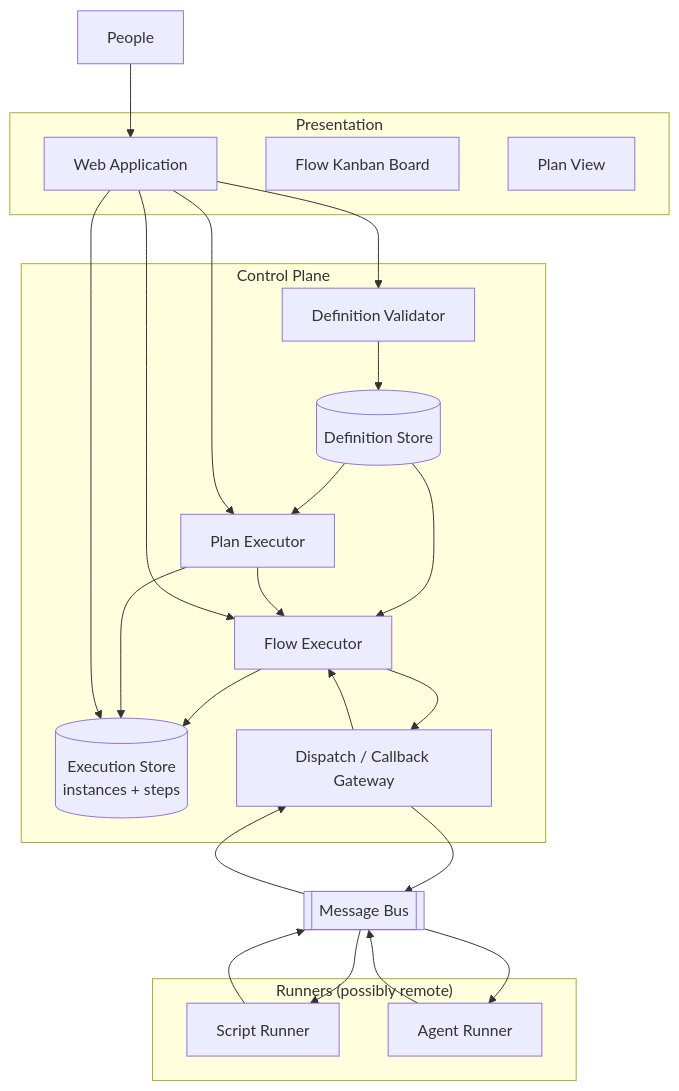
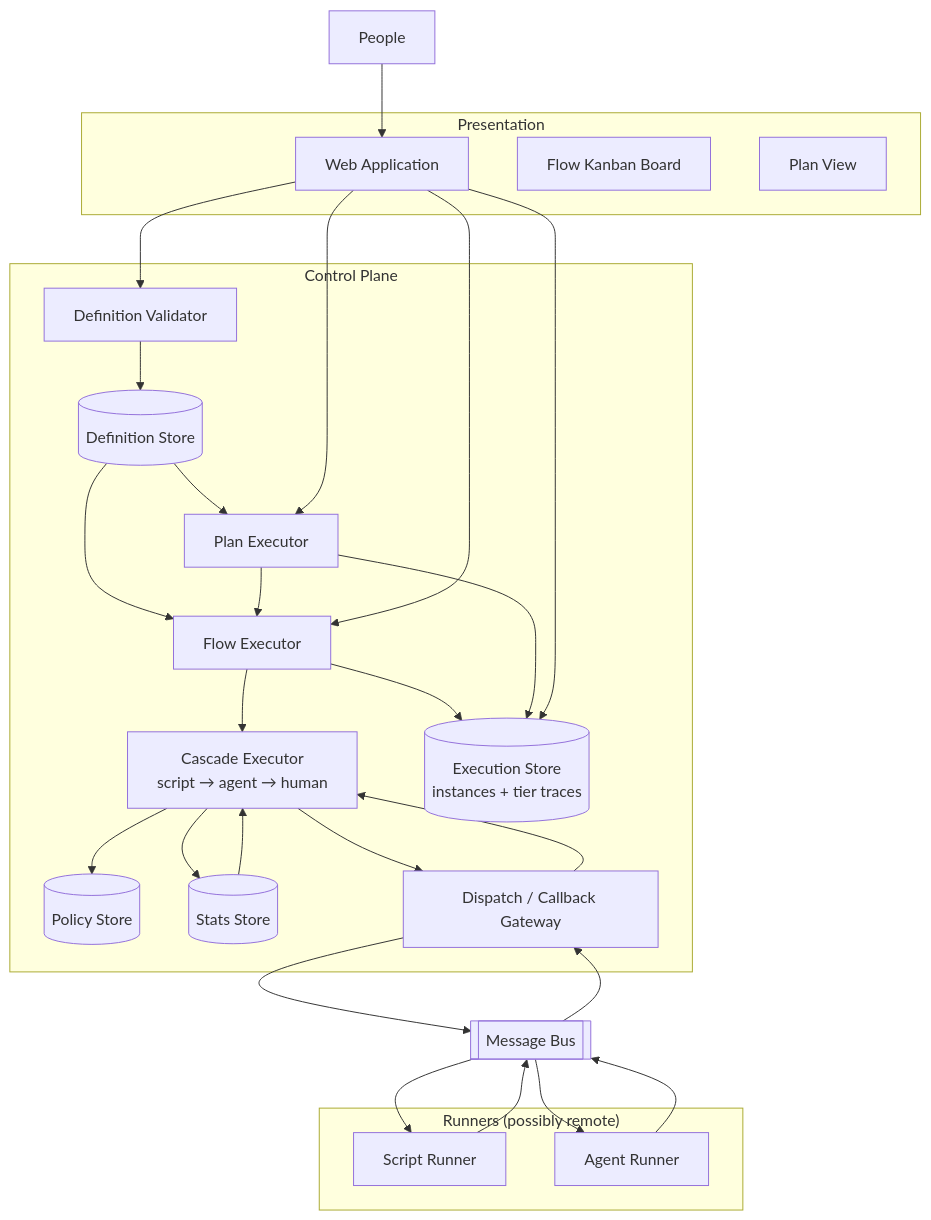
The diagram in architecture.md (kenny1125nz/flow-platform), drawn with Mermaid before and after one commit. The commit also changed other lines of this file and 46 other files, not shown here.

````diff
--- a/architecture.md
+++ b/architecture.md
@@ -15,46 +18,53 @@
 ```mermaid
 flowchart TB
   subgraph Presentation
     Web[Web Application]
     Kanban[Flow Kanban Board]
     PlanView[Plan View]
   end
 
   subgraph Control["Control Plane"]
     DefStore[(Definition Store)]
     Validator[Definition Validator]
+    PolicyStore[(Policy Store)]
+    StatsStore[(Stats Store)]
     PlanExec[Plan Executor]
     FlowExec[Flow Executor]
-    ExecStore[(Execution Store<br/>instances + steps)]
+    Cascade[Cascade Executor<br/>script → agent → human]
+    ExecStore[(Execution Store<br/>instances + tier traces)]
     Gateway[Dispatch / Callback Gateway]
   end
 
   Bus[[Message Bus]]
 
   subgraph Runners["Runners (possibly remote)"]
     ScriptRunner[Script Runner]
     AgentRunner[Agent Runner]
   end
 
   People[People]
 
   Web --> Validator
   Validator --> DefStore
   DefStore --> PlanExec
   DefStore --> FlowExec
   PlanExec --> FlowExec
+  FlowExec --> Cascade
+  Cascade --> PolicyStore
+  Cascade --> StatsStore
+  StatsStore --> Cascade
   FlowExec --> ExecStore
   PlanExec --> ExecStore
-  FlowExec --> Gateway
+  Cascade --> Gateway
   Gateway --> Bus
   Bus --> ScriptRunner
   Bus --> AgentRunner
   ScriptRunner --> Bus
   AgentRunner --> Bus
   Bus --> Gateway
-  Gateway --> FlowExec
+  Gateway --> Cascade
   People --> Web
   Web --> ExecStore
   Web --> FlowExec
   Web --> PlanExec
 ```
````
